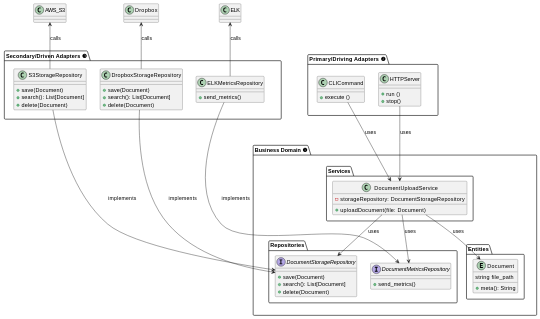
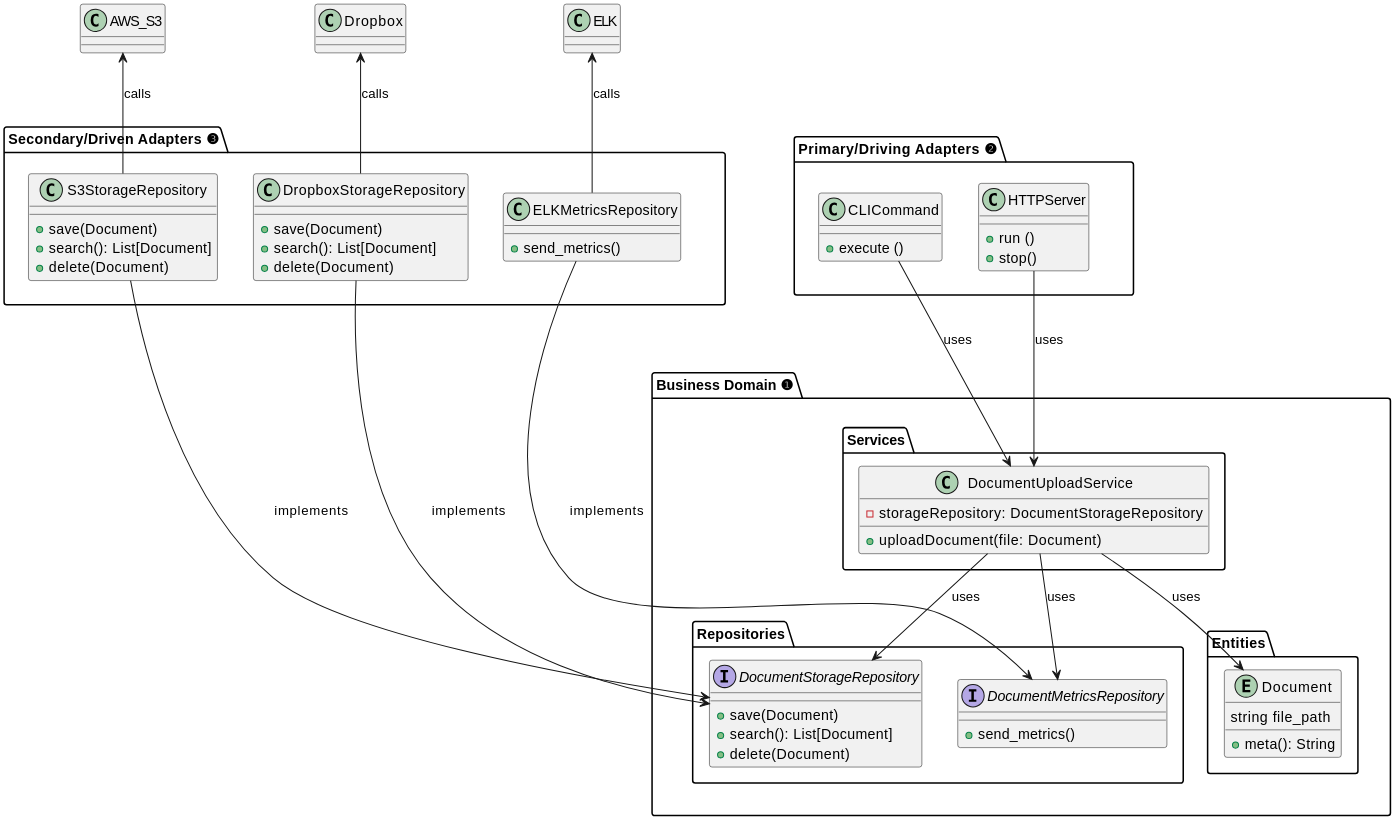
The first of 3 diagrams in content/2022-hexagonal-architecture.org (dorneanu/slides), drawn with PlantUML before and after one commit. The commit also changed other lines of this file and 2 other files, not shown here.

```diff
--- a/content/2022-hexagonal-architecture.org
+++ b/content/2022-hexagonal-architecture.org
@@ -115,81 +115,82 @@
 #+begin_src plantuml :file ./images/hexagonal-architecture/example-hex-arch.png  :results file replace :cmdline -charset UTF-8 :exports none
 @startuml
+skinparam dpi 250
 
 package "Business Domain ❶" as app_core {
     package "Entities" {
        entity Document {
          string file_path
          + meta(): String
        }
     }
 
     package Services {
        class DocumentUploadService {
          - storageRepository: DocumentStorageRepository
          + uploadDocument(file: Document)
        }
     }
 
 	package Repositories {
        interface DocumentStorageRepository {
 	     + save(Document)
 		 + search(): List[Document]
 		 + delete(Document)
 	   }
 
        interface DocumentMetricsRepository {
 		 + send_metrics()
 	   }
 
 	}
 }
 
 package "Primary/Driving Adapters ❷" as prim_adapters {
     class HTTPServer {
 	 + run ()
 	 + stop()
 	}
 
     class CLICommand {
 	 + execute ()
 	}
 }
 
 package "Secondary/Driven Adapters ❸" as sec_adapters {
     class S3StorageRepository {
 	     + save(Document)
 		 + search(): List[Document]
 		 + delete(Document)
 	}
 
     class DropboxStorageRepository {
 	     + save(Document)
 		 + search(): List[Document]
 		 + delete(Document)
 	}
 
     class ELKMetricsRepository {
 		 + send_metrics()
 	}
 
 }
 
 prim_adapters -up[hidden]- app_core
 sec_adapters -down[hidden]- app_core
 
 DocumentUploadService --> DocumentStorageRepository: uses
 DocumentUploadService --> DocumentMetricsRepository: uses
 DocumentUploadService --> Document: uses
 
 S3StorageRepository -right-> DocumentStorageRepository: implements
 DropboxStorageRepository -right-> DocumentStorageRepository: implements
 ELKMetricsRepository -right-> DocumentMetricsRepository: implements
 
 S3StorageRepository -up-> AWS_S3: calls
 DropboxStorageRepository -up-> Dropbox: calls
 ELKMetricsRepository -up-> ELK: calls
 
 HTTPServer --> DocumentUploadService: uses
 CLICommand --> DocumentUploadService: uses
 @enduml
 #+end_src
```
